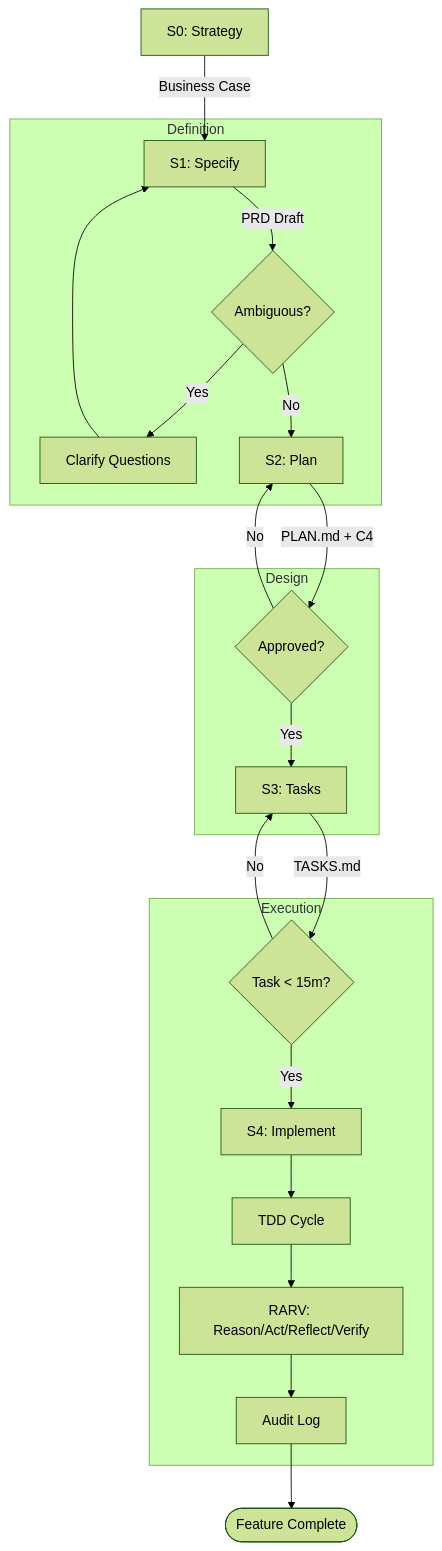
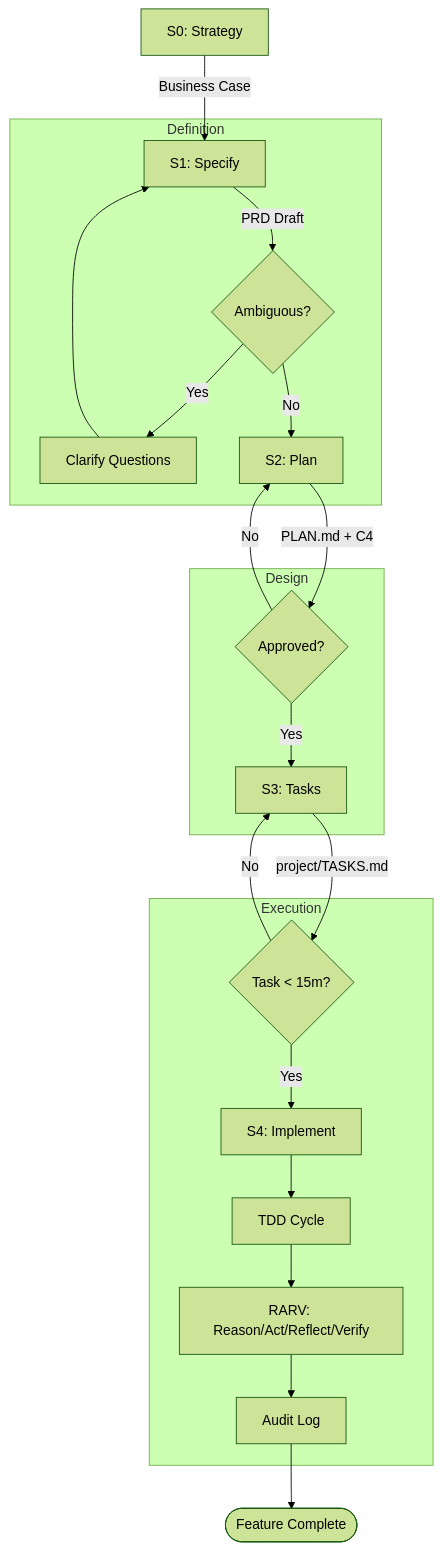
One commit to andreibesleaga/GABBE changed the fourth of 4 diagrams in README.md. Above: the diagram before and after it, drawn with Mermaid (forest theme). The commit also changed other lines of this file and 386 other files, not shown here.

````diff
--- a/README.md
+++ b/README.md
@@ -402,29 +402,29 @@
 ```mermaid
 flowchart TD
     S0[S0: Strategy] -->|Business Case| S1[S1: Specify]
     
     subgraph Definition
         S1 -->|PRD Draft| Ambiguity{Ambiguous?}
         Ambiguity -- Yes --> Clarify[Clarify Questions]
         Clarify --> S1
         Ambiguity -- No --> S2[S2: Plan]
     end
 
     subgraph Design
         S2 -->|PLAN.md + C4| Review1{Approved?}
         Review1 -- No --> S2
         Review1 -- Yes --> S3[S3: Tasks]
     end
 
     subgraph Execution
-        S3 -->|TASKS.md| Decomp{Task < 15m?}
+        S3 -->|project/TASKS.md| Decomp{Task < 15m?}
         Decomp -- No --> S3
         Decomp -- Yes --> S4[S4: Implement]
         
         S4 --> TDD[TDD Cycle]
         TDD --> RARV[RARV: Reason/Act/Reflect/Verify]
         RARV --> Audit[Audit Log]
     end
 
     Audit --> Done([Feature Complete])
 ```
````
